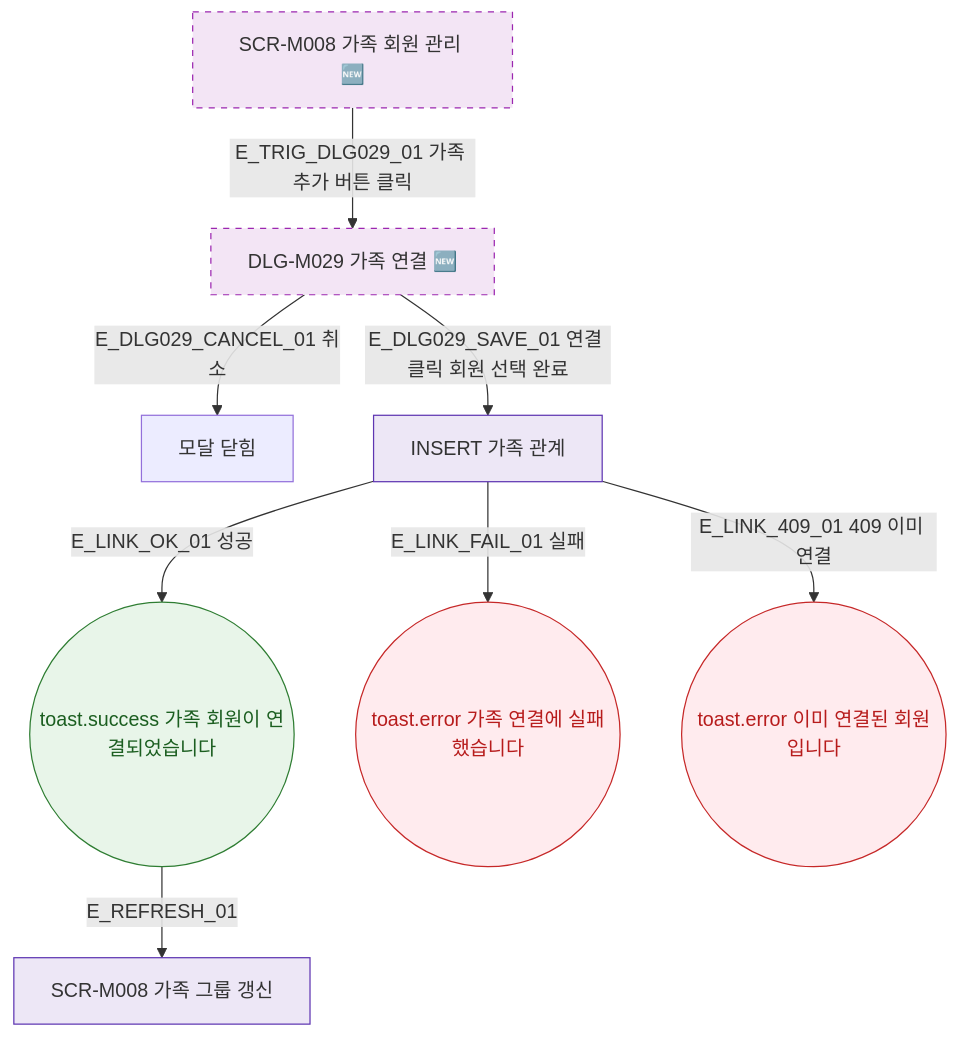
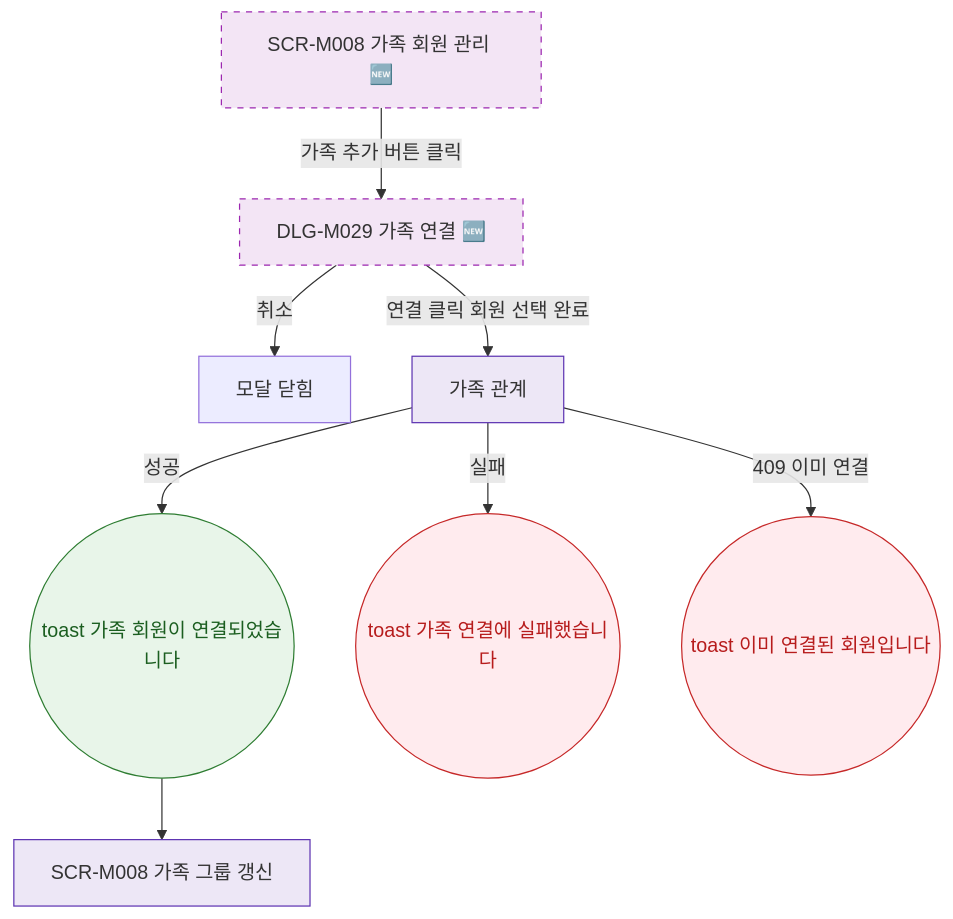
Before and after one commit to dev-spogym/admin-pando: the diagram in docs/다이어그램/D02_회원관리/SCR-M008_가족회원/F5_모달트리거.md, drawn with Mermaid. The commit also changed other lines of this file and 1660 other files, not shown here.

First line of the commit message:
다이어그램: 기획자/클라이언트 납품본으로 정리

````diff
--- a/docs/다이어그램/D02_회원관리/SCR-M008_가족회원/F5_모달트리거.md
+++ b/docs/다이어그램/D02_회원관리/SCR-M008_가족회원/F5_모달트리거.md
@@ -22,26 +20,26 @@
 ```mermaid
 flowchart TD
   SCR_M008[SCR-M008 가족 회원 관리 🆕]
 
-  SCR_M008 -->|E_TRIG_DLG029_01 가족 추가 버튼 클릭| DLG_M029[DLG-M029 가족 연결 🆕]
+  SCR_M008 -->|가족 추가 버튼 클릭|DLG_M029[DLG-M029 가족 연결 🆕]
 
-  DLG_M029 -->|E_DLG029_CANCEL_01 취소| CLOSE[모달 닫힘]
-  DLG_M029 -->|E_DLG029_SAVE_01 연결 클릭 회원 선택 완료| API_LINK[INSERT 가족 관계]
+  DLG_M029 -->|취소|CLOSE[모달 닫힘]
+  DLG_M029 -->|연결 클릭 회원 선택 완료|API_LINK[가족 관계]
 
-  API_LINK -->|E_LINK_OK_01 성공| TOAST_OK((toast.success 가족 회원이 연결되었습니다))
-  API_LINK -->|E_LINK_FAIL_01 실패| TOAST_ERR((toast.error 가족 연결에 실패했습니다))
-  API_LINK -->|E_LINK_409_01 409 이미 연결| TOAST_409((toast.error 이미 연결된 회원입니다))
+  API_LINK -->|성공|TOAST_OK((toast 가족 회원이 연결되었습니다))
+  API_LINK -->|실패|TOAST_ERR((toast 가족 연결에 실패했습니다))
+  API_LINK -->|409 이미 연결|TOAST_409((toast 이미 연결된 회원입니다))
 
-  TOAST_OK -->|E_REFRESH_01| REFRESH[SCR-M008 가족 그룹 갱신]
+  TOAST_OK --> REFRESH[SCR-M008 가족 그룹 갱신]
 
-  classDef screen     fill:#E3F2FD,stroke:#1976D2,color:#0D47A1
+  classDef screen fill:#E3F2FD,stroke:#1976D2,color:#0D47A1
   classDef newFeature fill:#F3E5F5,stroke:#9C27B0,stroke-dasharray:5 5
-  classDef success    fill:#E8F5E9,stroke:#2E7D32,color:#1B5E20
-  classDef error      fill:#FFEBEE,stroke:#C62828,color:#B71C1C
-  classDef system     fill:#EDE7F6,stroke:#5E35B2
+  classDef success fill:#E8F5E9,stroke:#2E7D32,color:#1B5E20
+  classDef error fill:#FFEBEE,stroke:#C62828,color:#B71C1C
+  classDef system fill:#EDE7F6,stroke:#5E35B2
 
   class SCR_M008,DLG_M029 newFeature
   class TOAST_OK success
   class TOAST_ERR,TOAST_409 error
   class API_LINK,REFRESH system
 ```
````
